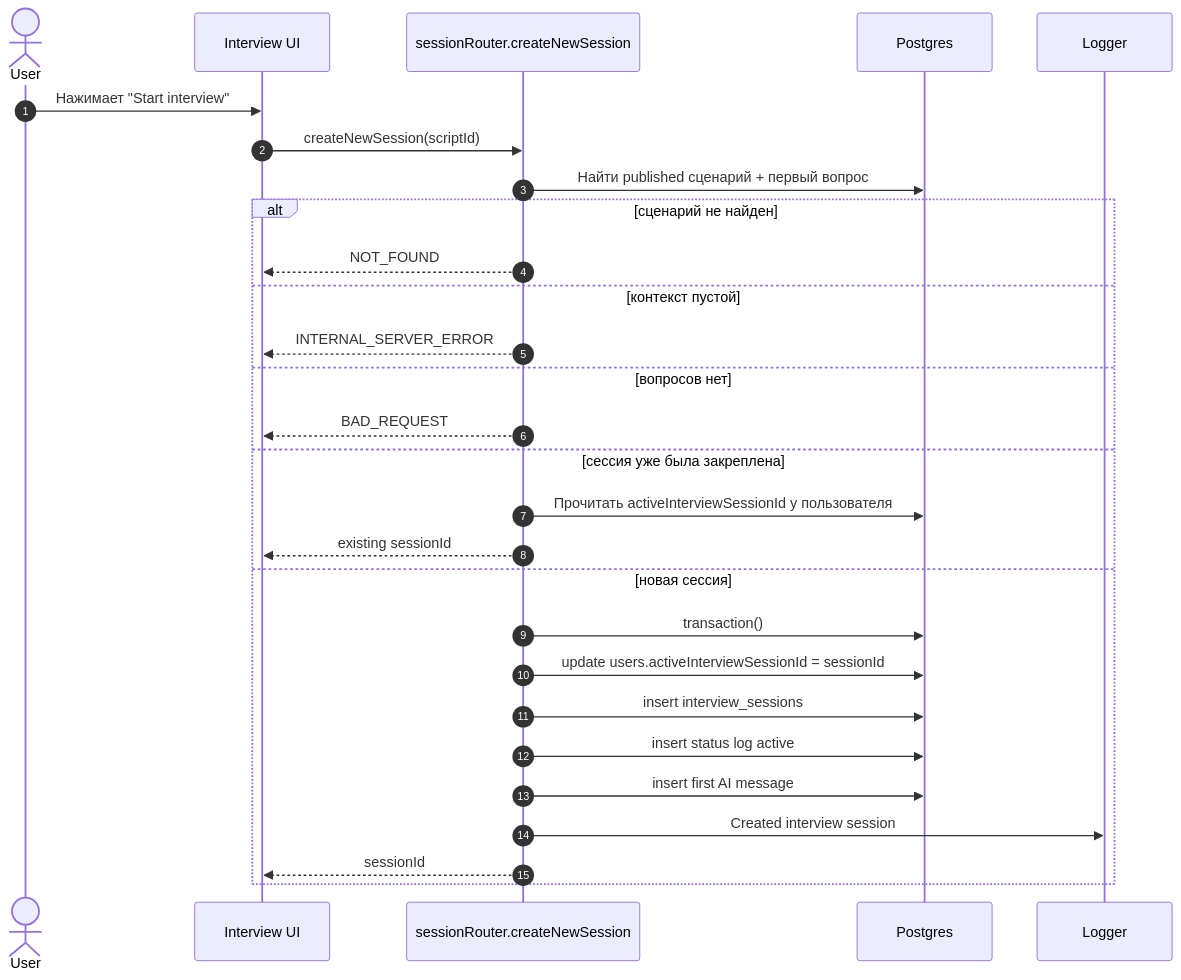
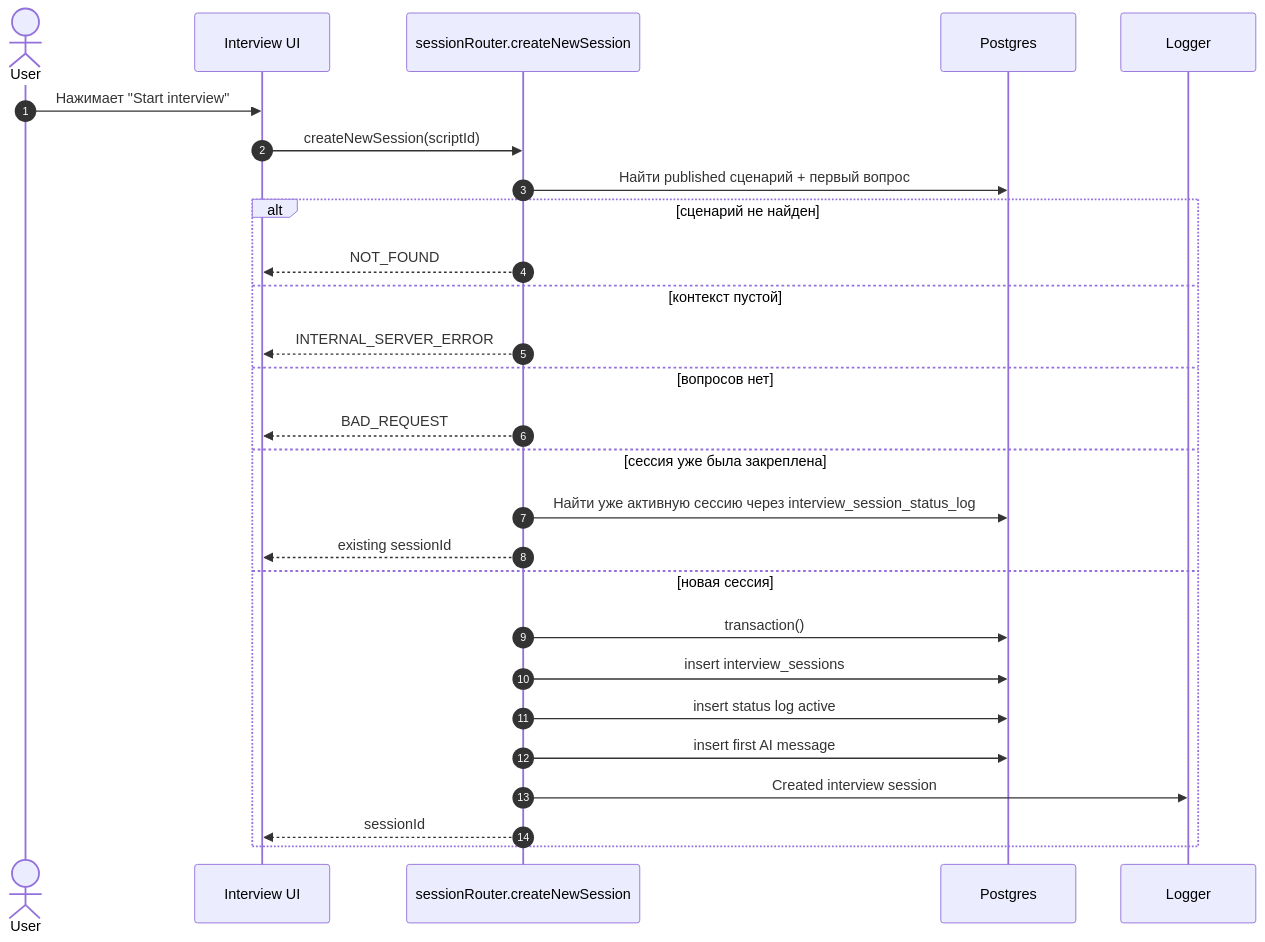
The first of 4 diagrams in docs/sequence/interview-session.md (nifle3/diplom_work), drawn with Mermaid before and after one commit. The commit also changed other lines of this file and 7 other files, not shown here.

````diff
--- a/docs/sequence/interview-session.md
+++ b/docs/sequence/interview-session.md
@@ -27,31 +27,30 @@
 ```mermaid
 sequenceDiagram
     autonumber
     actor User
     participant UI as Interview UI
     participant API as sessionRouter.createNewSession
     participant DB as Postgres
     participant Log as Logger
 
     User->>UI: Нажимает "Start interview"
     UI->>API: createNewSession(scriptId)
     API->>DB: Найти published сценарий + первый вопрос
     alt сценарий не найден
         API-->>UI: NOT_FOUND
     else контекст пустой
         API-->>UI: INTERNAL_SERVER_ERROR
     else вопросов нет
         API-->>UI: BAD_REQUEST
     else сессия уже была закреплена
-        API->>DB: Прочитать activeInterviewSessionId у пользователя
+        API->>DB: Найти уже активную сессию через interview_session_status_log
         API-->>UI: existing sessionId
     else новая сессия
         API->>DB: transaction()
-        API->>DB: update users.activeInterviewSessionId = sessionId
         API->>DB: insert interview_sessions
         API->>DB: insert status log active
         API->>DB: insert first AI message
         API->>Log: Created interview session
         API-->>UI: sessionId
     end
 ```
````
